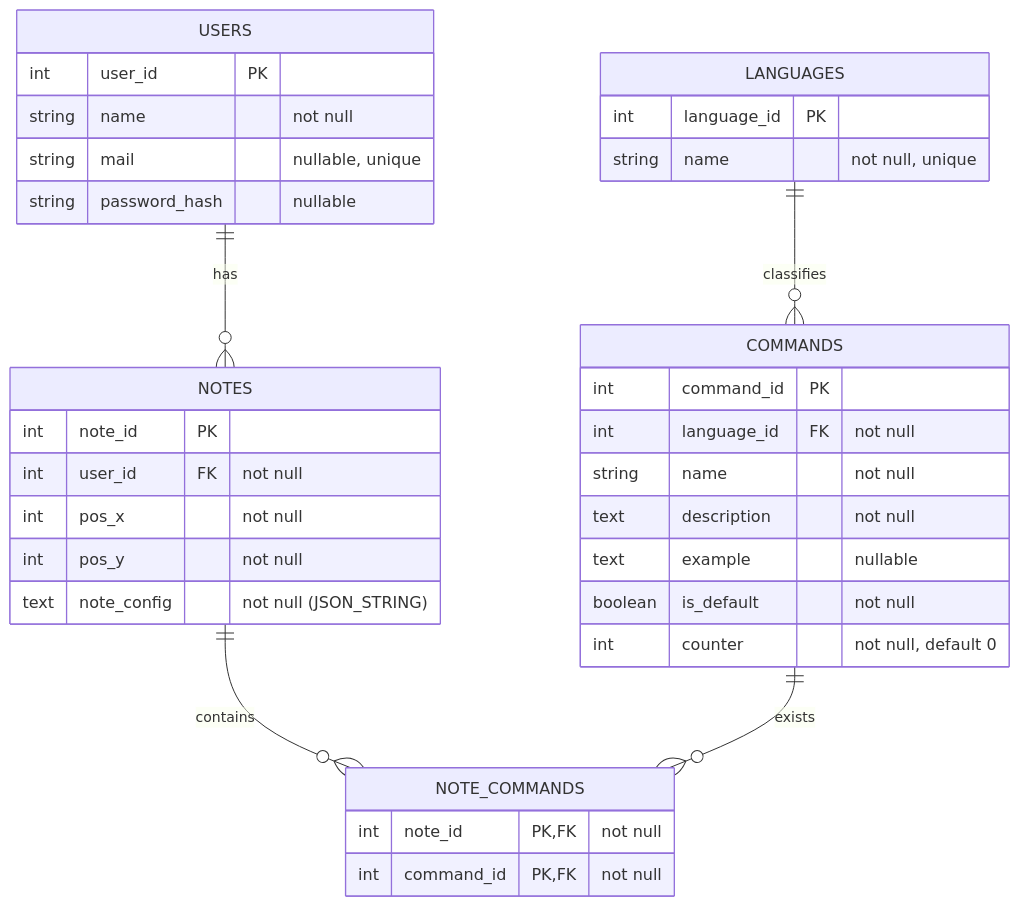
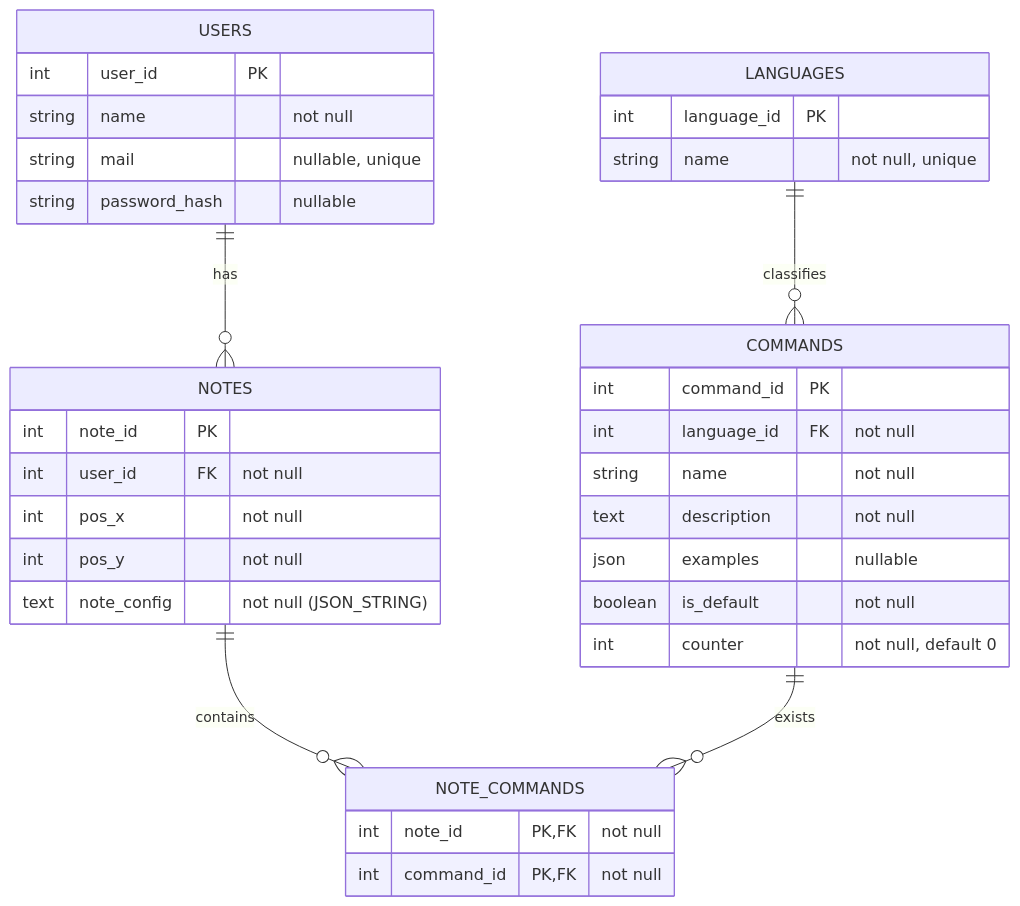
Before and after one commit to gboudon-dev/cheat-sheet: the second of 5 diagrams in README.md, drawn with Mermaid. The commit also changed other lines of this file and 10 other files, not shown here.

````diff
--- a/README.md
+++ b/README.md
@@ -184,42 +184,42 @@
 ```mermaid
 erDiagram
     USERS {
         int user_id PK
         string name "not null"
         string mail "nullable, unique"
         string password_hash "nullable"
     }
 
     NOTES {
         int note_id PK
         int user_id FK "not null"
         int pos_x "not null"
         int pos_y "not null"
         text note_config "not null (JSON_STRING)"
     }
 
     NOTE_COMMANDS {
         int note_id PK,FK "not null"
         int command_id PK,FK "not null"
     }
 
     COMMANDS {
         int command_id PK
         int language_id FK "not null"
         string name "not null"
         text description "not null"
-        text example "nullable"
+        json examples "nullable"
         boolean is_default "not null"
         int counter "not null, default 0"
     }
 
     LANGUAGES {
         int language_id PK
         string name "not null, unique"
     }
 
     USERS ||--o{ NOTES : "has"
     NOTES ||--o{ NOTE_COMMANDS : "contains"
     COMMANDS ||--o{ NOTE_COMMANDS : "exists"    
     LANGUAGES ||--o{ COMMANDS : "classifies"
 ```
````
